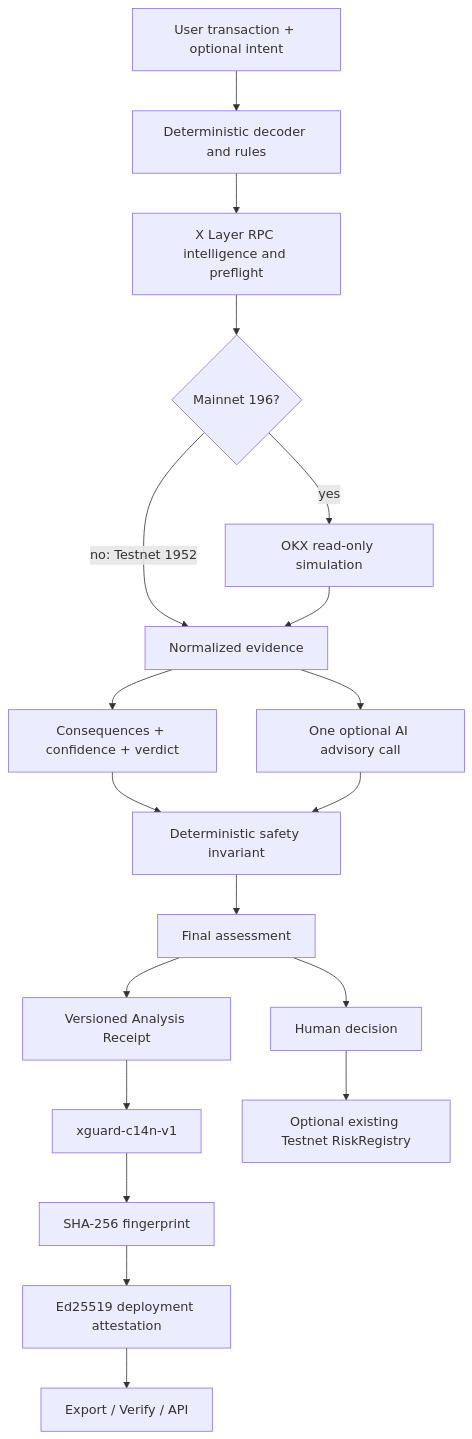
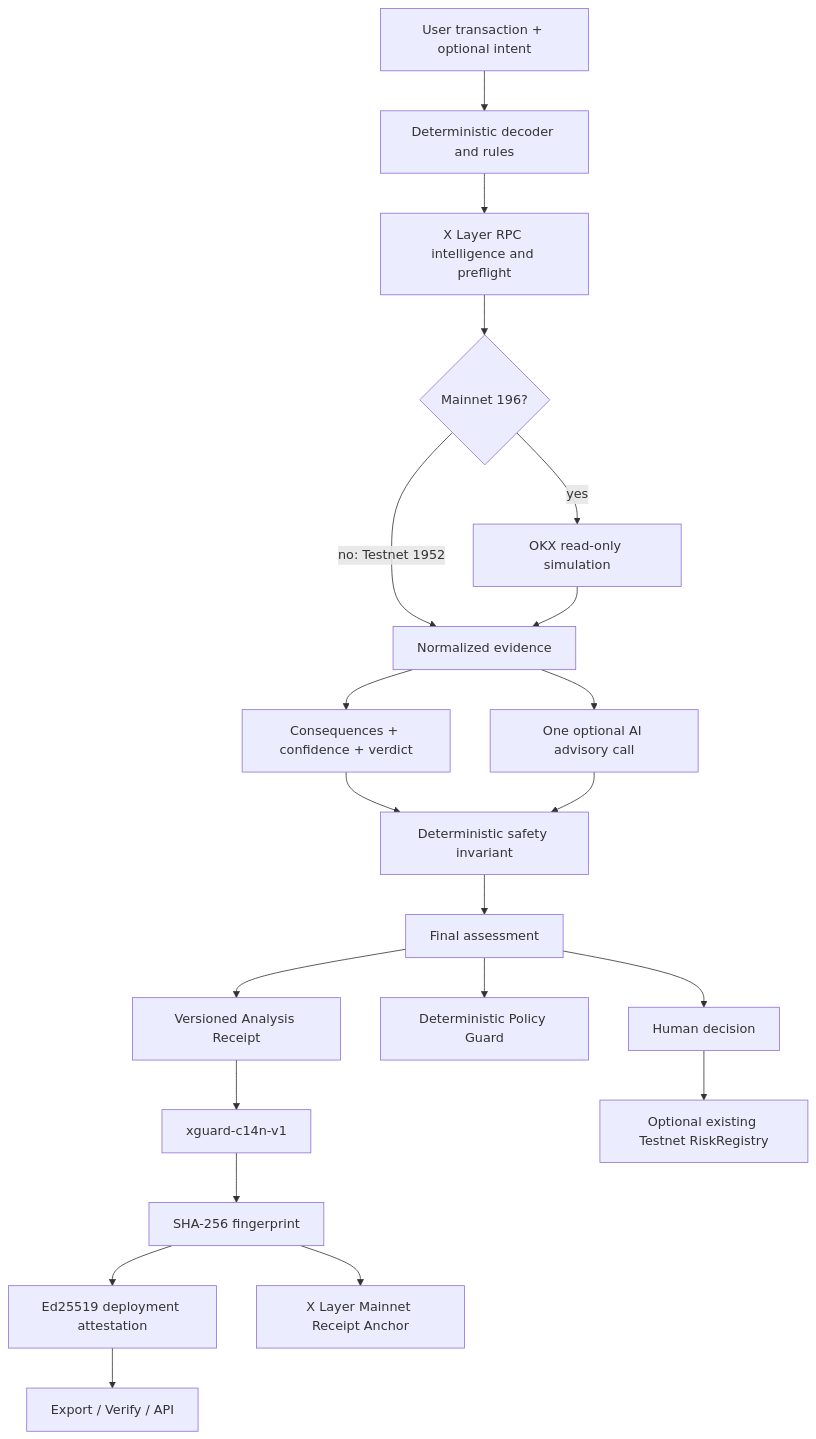
One commit to leafwithered/xguard-ai changed the diagram in README.md. Above: the diagram before and after it, drawn with Mermaid. The commit also changed other lines of this file and 8 other files, not shown here.

Commit message:
feat: finalize X Layer mainnet receipt anchor

````diff
--- a/README.md
+++ b/README.md
@@ -84,21 +91,23 @@
 ```mermaid
 flowchart TD
     U[User transaction + optional intent] --> D[Deterministic decoder and rules]
     D --> R[X Layer RPC intelligence and preflight]
     R --> O{Mainnet 196?}
     O -->|yes| S[OKX read-only simulation]
     O -->|no: Testnet 1952| E[Normalized evidence]
     S --> E
     E --> C[Consequences + confidence + verdict]
     E --> A[One optional AI advisory call]
     C --> F[Deterministic safety invariant]
     A --> F
     F --> V[Final assessment]
     V --> P[Versioned Analysis Receipt]
     P --> K[xguard-c14n-v1]
     K --> Z[SHA-256 fingerprint]
     Z --> T[Ed25519 deployment attestation]
     T --> X[Export / Verify / API]
+    Z --> M[X Layer Mainnet Receipt Anchor]
+    V --> G[Deterministic Policy Guard]
     V --> H[Human decision]
     H --> Q[Optional existing Testnet RiskRegistry]
 ```
````
